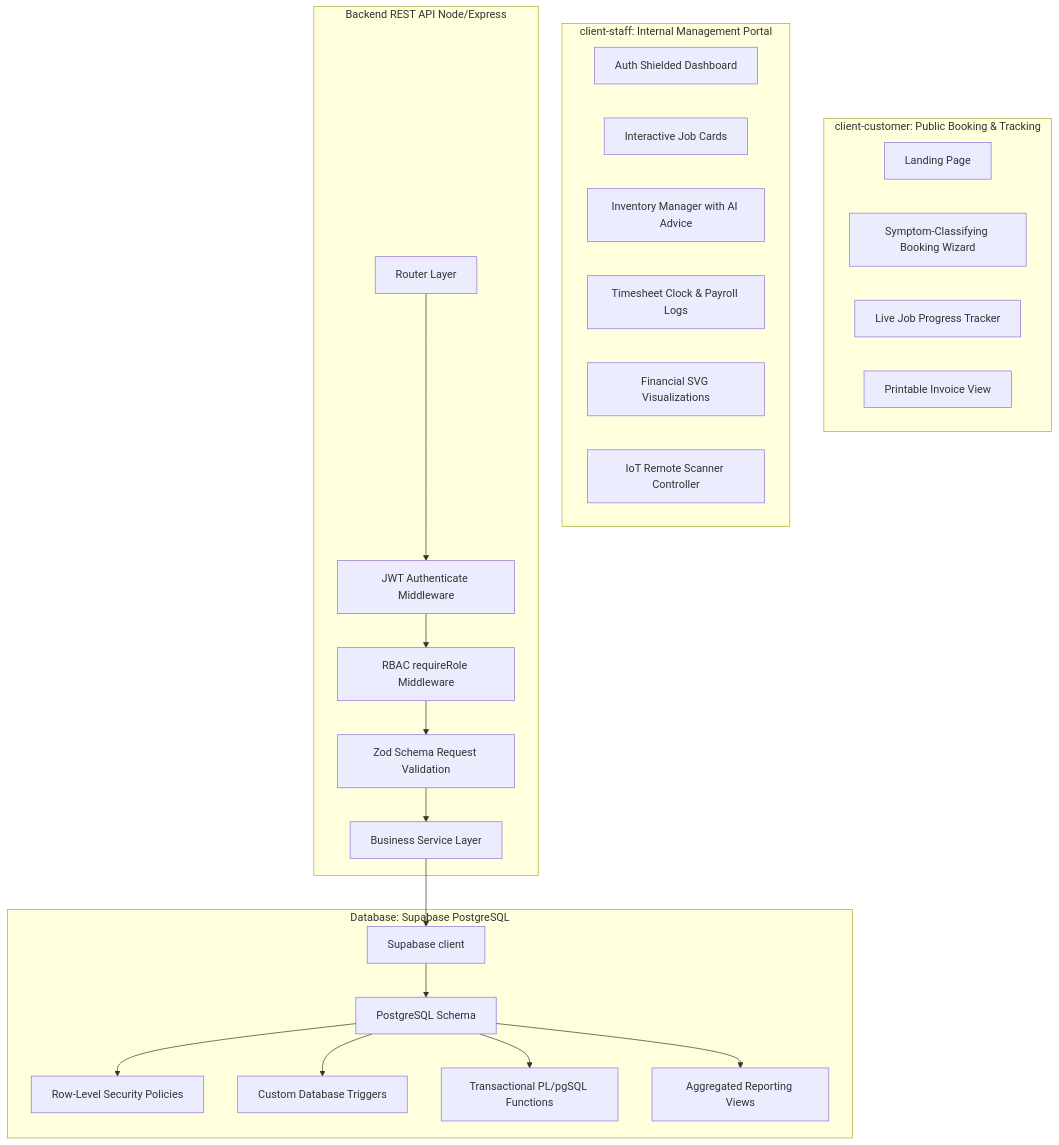
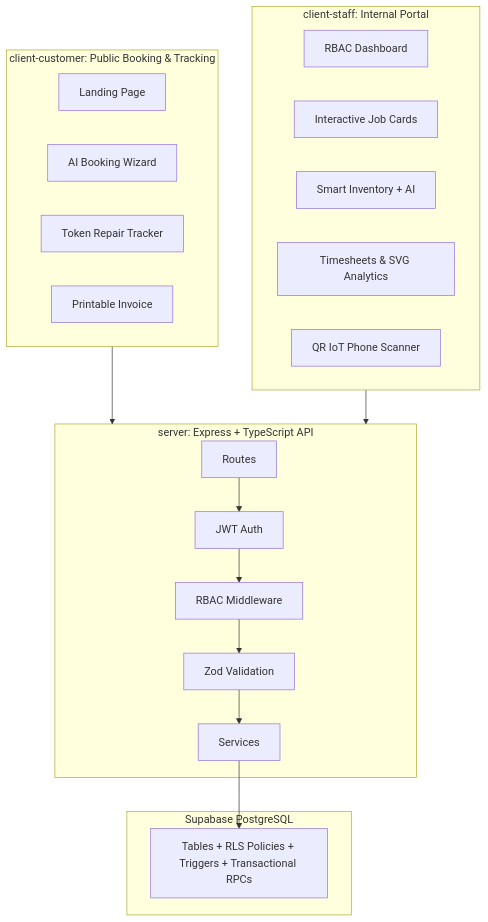
One commit to KevinAsanda/ANM changed the diagram in README.md. Above: the diagram before and after it, drawn with Mermaid. The commit also changed other lines of this file and 5 other files, not shown here.

````diff
--- a/README.md
+++ b/README.md
@@ -22,34 +88,28 @@
 ```mermaid
 graph TD
     subgraph ClientCustomer [client-customer: Public Booking & Tracking]
         A1[Landing Page]
-        A2[Symptom-Classifying Booking Wizard]
-        A3[Live Job Progress Tracker]
-        A4[Printable Invoice View]
+        A2[AI Booking Wizard]
+        A3[Token Repair Tracker]
+        A4[Printable Invoice]
     end
 
-    subgraph ClientStaff [client-staff: Internal Management Portal]
-        B1[Auth Shielded Dashboard]
+    subgraph ClientStaff [client-staff: Internal Portal]
+        B1[RBAC Dashboard]
         B2[Interactive Job Cards]
-        B3[Inventory Manager with AI Advice]
-        B4[Timesheet Clock & Payroll Logs]
-        B5[Financial SVG Visualizations]
-        B6[IoT Remote Scanner Controller]
+        B3[Smart Inventory + AI]
+        B4[Timesheets & SVG Analytics]
+        B5[QR IoT Phone Scanner]
     end
 
-    subgraph Server [Backend REST API Node/Express]
-        C1[Router Layer] --> C2[JWT Authenticate Middleware]
-        C2 --> C3[RBAC requireRole Middleware]
-        C3 --> C4[Zod Schema Request Validation]
-        C4 --> C5[Business Service Layer]
+    subgraph Server [server: Express + TypeScript API]
+        C1[Routes] --> C2[JWT Auth] --> C3[RBAC Middleware] --> C4[Zod Validation] --> C5[Services]
     end
 
-    subgraph Database [Database: Supabase PostgreSQL]
-        C5 --> D1[Supabase client]
-        D1 --> D2[PostgreSQL Schema]
-        D2 --> D3[Row-Level Security Policies]
-        D2 --> D4[Custom Database Triggers]
-        D2 --> D5[Transactional PL/pgSQL Functions]
-        D2 --> D6[Aggregated Reporting Views]
+    subgraph Database [Supabase PostgreSQL]
+        C5 --> D1[Tables + RLS Policies + Triggers + Transactional RPCs]
     end
+
+    ClientCustomer --> Server
+    ClientStaff --> Server
 ```
````
